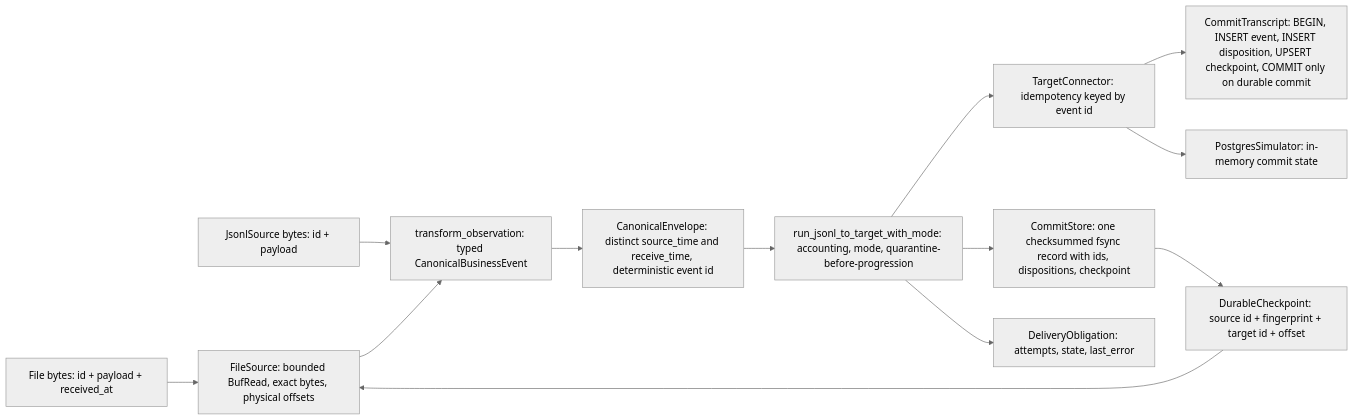
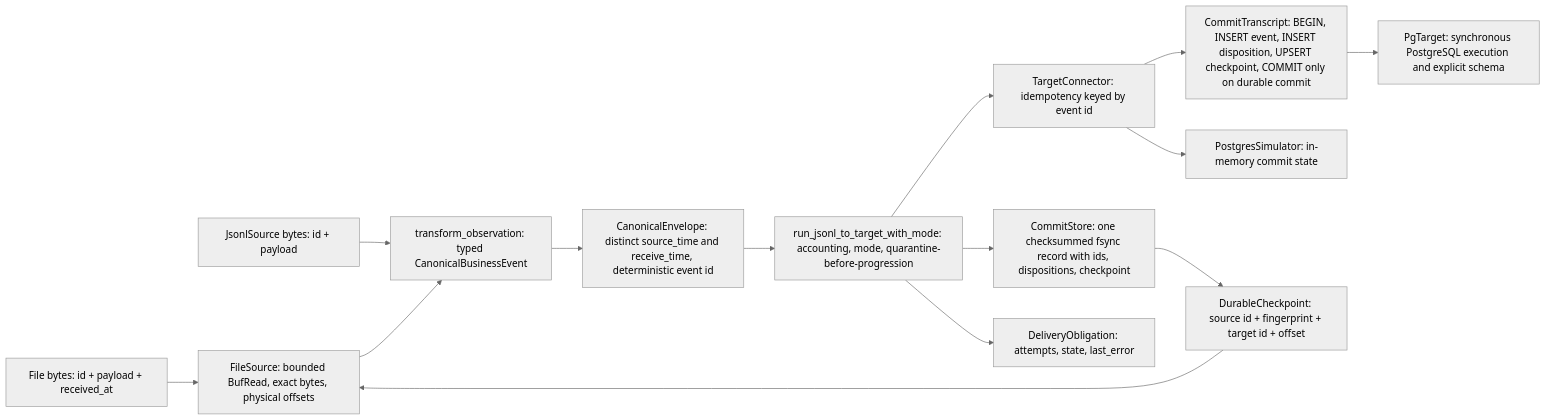
Before and after one commit to siebengestirn/fieldbook: the diagram in docs/jsonl-postgres-reference.md, drawn with Mermaid (neutral theme). The commit also changed other lines of this file and 12 other files, not shown here.

First line of the commit message:
fix: bind PostgreSQL checkpoints to the committed event

````diff
--- a/docs/jsonl-postgres-reference.md
+++ b/docs/jsonl-postgres-reference.md
@@ -33,15 +42,16 @@
 ```mermaid
 flowchart LR
     FILE[File bytes: id + payload + received_at] --> SRC[FileSource: bounded BufRead, exact bytes, physical offsets]
     MEM[JsonlSource bytes: id + payload] --> TX[transform_observation: typed CanonicalBusinessEvent]
     SRC --> TX
     TX --> ENV[CanonicalEnvelope: distinct source_time and receive_time, deterministic event id]
     ENV --> RUNNER[run_jsonl_to_target_with_mode: accounting, mode, quarantine-before-progression]
     RUNNER --> TARGET[TargetConnector: idempotency keyed by event id]
     TARGET --> SQL[CommitTranscript: BEGIN, INSERT event, INSERT disposition, UPSERT checkpoint, COMMIT only on durable commit]
+    SQL --> PG[PgTarget: synchronous PostgreSQL execution and explicit schema]
     TARGET --> SIM[PostgresSimulator: in-memory commit state]
     RUNNER --> STORE[CommitStore: one checksummed fsync record with ids, dispositions, checkpoint]
     STORE --> ANCHOR[DurableCheckpoint: source id + fingerprint + target id + offset]
     ANCHOR --> SRC
     RUNNER --> OBL[DeliveryObligation: attempts, state, last_error]
 ```
````
